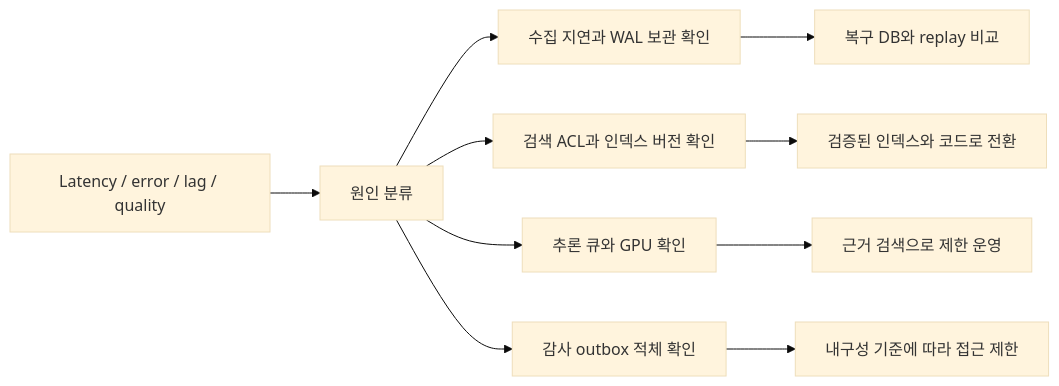
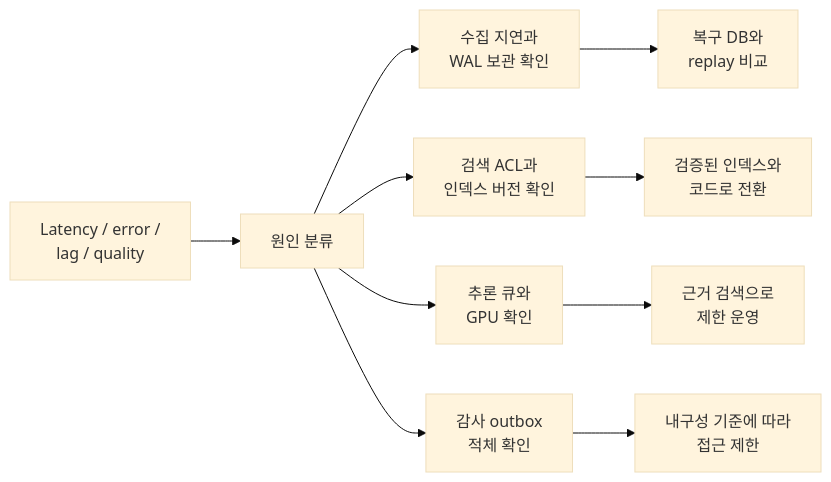
The diagram in assets/diagrams/frame-4-3.mmd (jay-jang/preparing-fde), drawn with Mermaid (base theme) before and after one commit. The commit also changed 75 other files, not shown here.

```diff
--- a/assets/diagrams/frame-4-3.mmd
+++ b/assets/diagrams/frame-4-3.mmd
@@ -1,10 +1,10 @@
 flowchart LR
-  O["Latency / error / lag / quality"] --> D["원인 분류"]
-  D --> I["수집 지연과 WAL 보관 확인"]
-  D --> R["검색 ACL과 인덱스 버전 확인"]
-  D --> L["추론 큐와 GPU 확인"]
-  D --> A["감사 outbox 적체 확인"]
-  I --> RE["복구 DB와 replay 비교"]
-  R --> RB["검증된 인덱스와 코드로 전환"]
-  L --> FB["근거 검색으로 제한 운영"]
-  A --> STOP["내구성 기준에 따라 접근 제한"]
+  O["Latency / error /<br/>lag / quality"] --> D["원인 분류"]
+  D --> I["수집 지연과<br/>WAL 보관 확인"]
+  D --> R["검색 ACL과<br/>인덱스 버전 확인"]
+  D --> L["추론 큐와<br/>GPU 확인"]
+  D --> A["감사 outbox<br/>적체 확인"]
+  I --> RE["복구 DB와<br/>replay 비교"]
+  R --> RB["검증된 인덱스와<br/>코드로 전환"]
+  L --> FB["근거 검색으로<br/>제한 운영"]
+  A --> STOP["내구성 기준에 따라<br/>접근 제한"]
```
